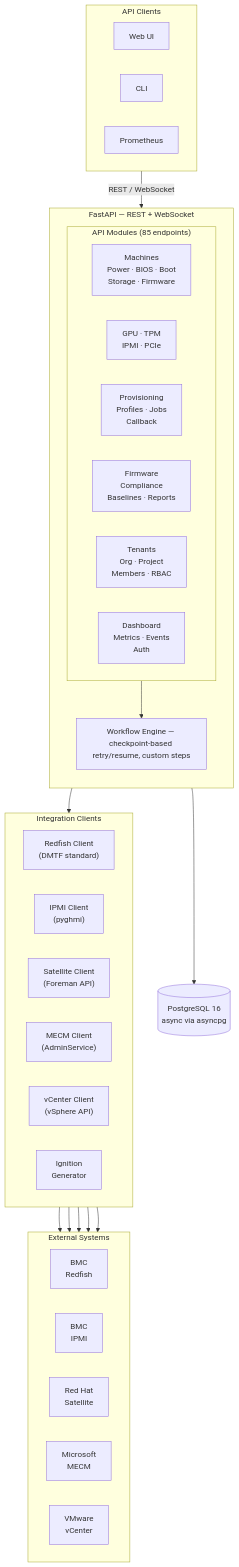
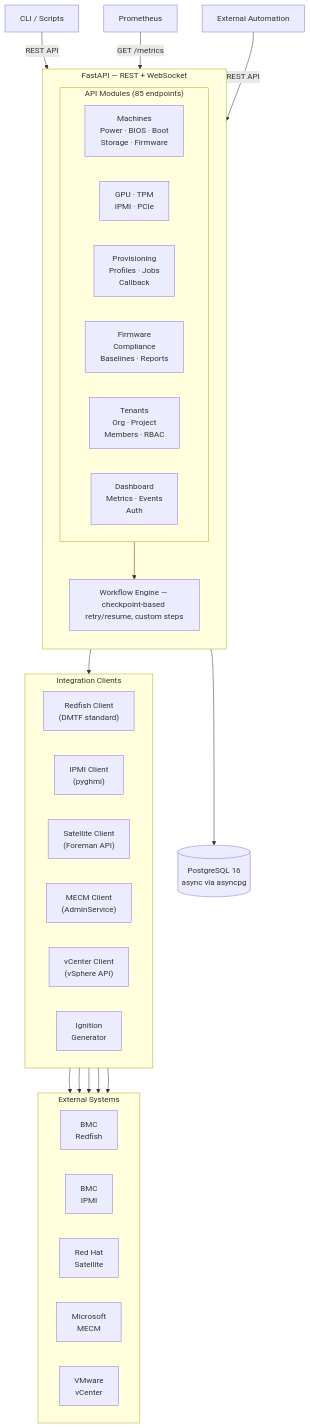
One commit to dhwanilraval/infra-controller changed the diagram in README.md. Above: the diagram before and after it, drawn with Mermaid.

Commit message:
Remove Web UI from architecture diagram — API-only platform
Replaced API Clients subgraph with individual REST consumers
(CLI/Scripts, Prometheus, External Automation) to reflect that
this is a headless REST API platform with no web UI.

````diff
--- a/README.md
+++ b/README.md
@@ -39,53 +39,54 @@
 ```mermaid
 graph TB
-    subgraph Clients["API Clients"]
-        UI["Web UI"]
-        CLI["CLI"]
-        Prom["Prometheus"]
-    end
+    CLI["CLI / Scripts"]
+    Prom["Prometheus"]
+    Ext["External Automation"]
+
+    CLI -->|REST API| API
+    Prom -->|GET /metrics| API
+    Ext -->|REST API| API
 
     subgraph API["FastAPI — REST + WebSocket"]
         direction TB
         subgraph Modules["API Modules (85 endpoints)"]
             direction LR
             M1["Machines\nPower · BIOS · Boot\nStorage · Firmware"]
             M2["GPU · TPM\nIPMI · PCIe"]
             M3["Provisioning\nProfiles · Jobs\nCallback"]
             M4["Firmware\nCompliance\nBaselines · Reports"]
             M5["Tenants\nOrg · Project\nMembers · RBAC"]
             M6["Dashboard\nMetrics · Events\nAuth"]
         end
         WF["Workflow Engine — checkpoint-based retry/resume, custom steps"]
     end
 
     subgraph Integrations["Integration Clients"]
         direction LR
         RF["Redfish Client\n(DMTF standard)"]
         IP["IPMI Client\n(pyghmi)"]
         SAT["Satellite Client\n(Foreman API)"]
         MECM["MECM Client\n(AdminService)"]
         VC["vCenter Client\n(vSphere API)"]
         IGN["Ignition\nGenerator"]
     end
 
     subgraph External["External Systems"]
         direction LR
         BMC1["BMC\nRedfish"]
         BMC2["BMC\nIPMI"]
         SAT_S["Red Hat\nSatellite"]
         MECM_S["Microsoft\nMECM"]
         VC_S["VMware\nvCenter"]
     end
 
     DB[("PostgreSQL 16\nasync via asyncpg")]
 
-    Clients -->|REST / WebSocket| API
     Modules --> WF
     WF --> Integrations
     RF --> BMC1
     IP --> BMC2
     SAT --> SAT_S
     MECM --> MECM_S
     VC --> VC_S
     API --> DB
 ```
````
